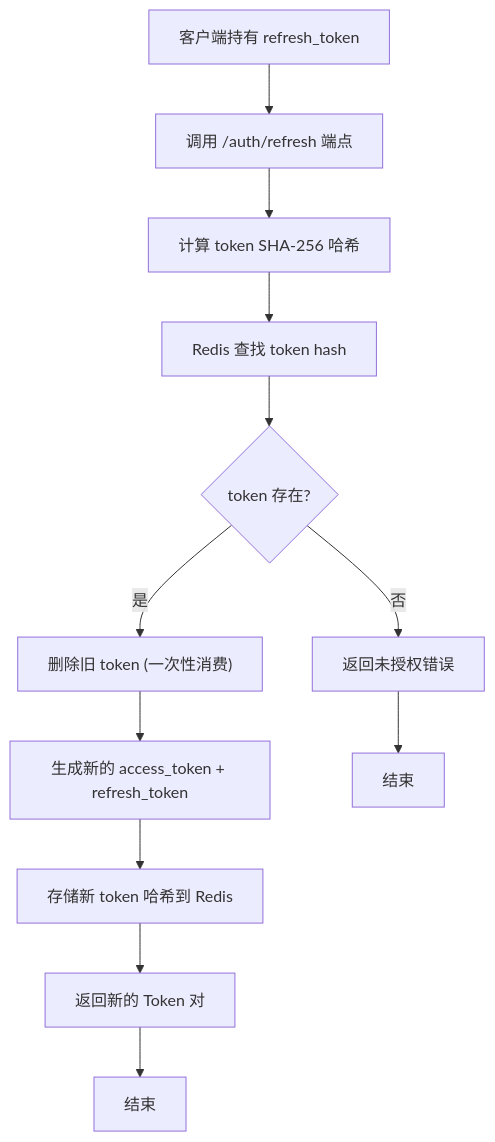
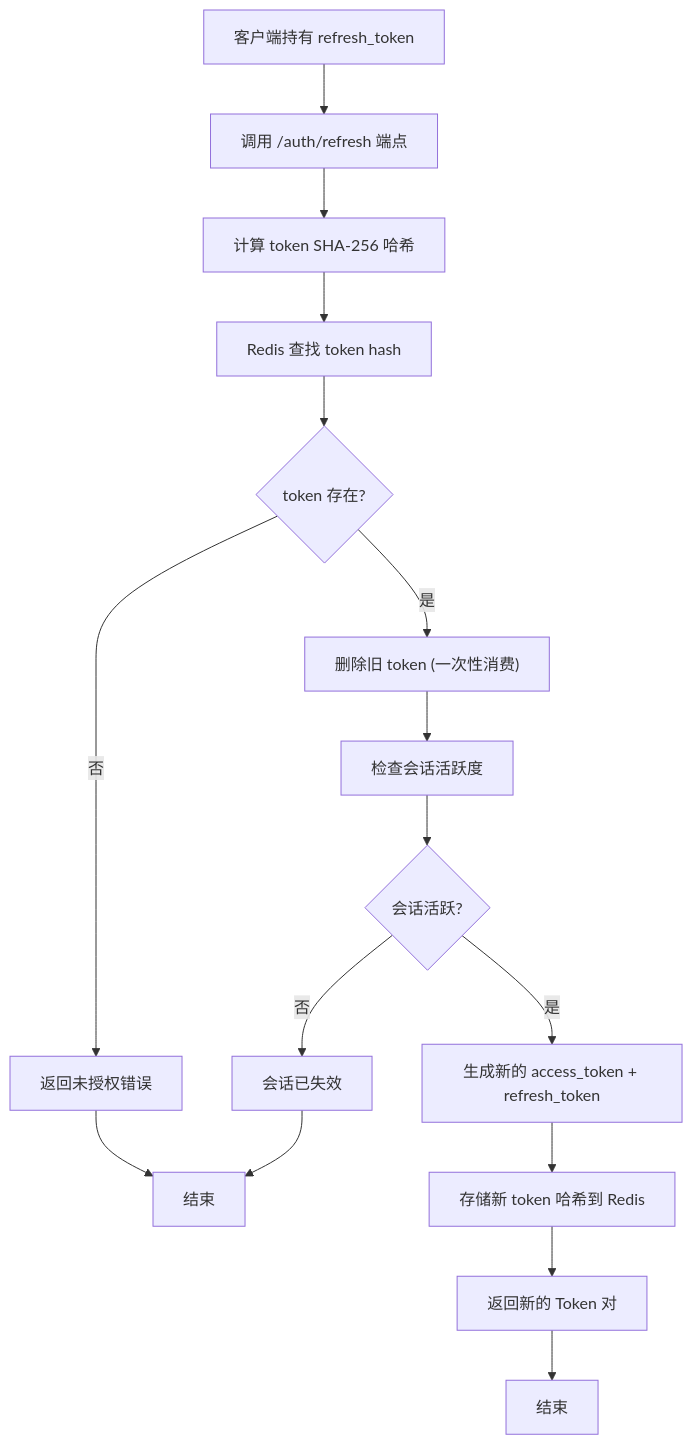
One commit to rc558620/purelyprofit-server changed diagram 11 of 14 in .qoder/repowiki/zh/content/认证授权系统/JWT 认证机制.md. Above: the diagram before and after it, drawn with Mermaid. The commit also changed other lines of this file and 164 other files, not shown here.

````diff
--- a/.qoder/repowiki/zh/content/认证授权系统/JWT 认证机制.md
+++ b/.qoder/repowiki/zh/content/认证授权系统/JWT 认证机制.md
@@ -398,14 +434,18 @@
 ```mermaid
 flowchart TD
 A["客户端持有 refresh_token"] --> B["调用 /auth/refresh 端点"]
 B --> C["计算 token SHA-256 哈希"]
 C --> D["Redis 查找 token hash"]
 D --> E{"token 存在?"}
 E --> |否| F["返回未授权错误"]
 E --> |是| G["删除旧 token (一次性消费)"]
-G --> H["生成新的 access_token + refresh_token"]
-H --> I["存储新 token 哈希到 Redis"]
-I --> J["返回新的 Token 对"]
-F --> K["结束"]
-J --> L["结束"]
+G --> H["检查会话活跃度"]
+H --> Active{"会话活跃?"}
+Active --> |否| Invalid["会话已失效"]
+Active --> |是| I["生成新的 access_token + refresh_token"]
+I --> J["存储新 token 哈希到 Redis"]
+J --> K["返回新的 Token 对"]
+F --> L["结束"]
+Invalid --> L
+K --> M["结束"]
 ```
````
